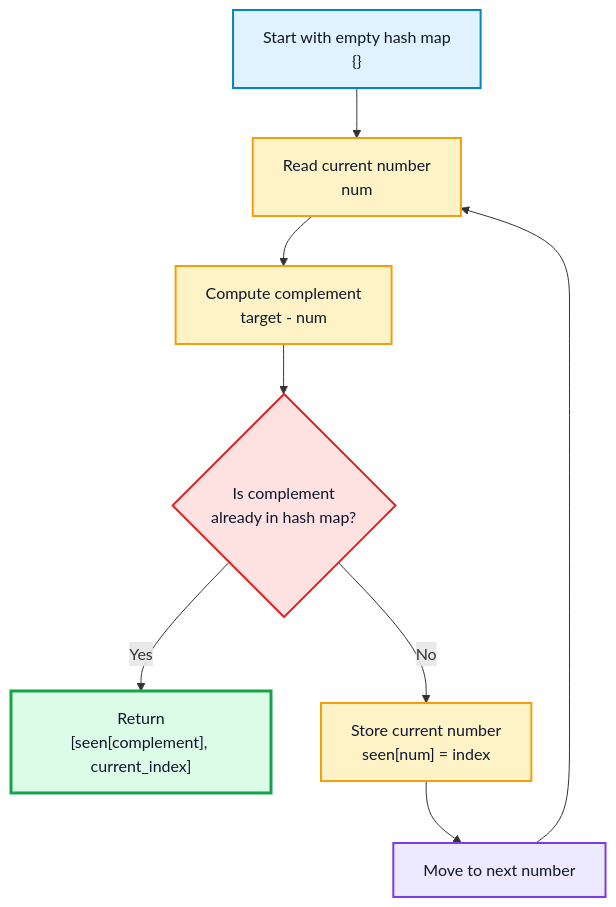
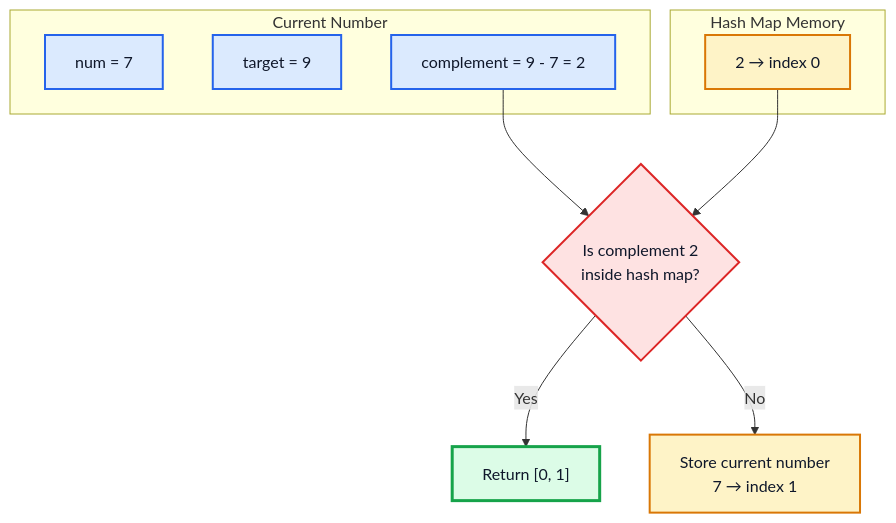
The sixth of 9 diagrams in 01 - Two Sum/README.md (M-F-Tushar/LeetCode-Problem-Solving), drawn with Mermaid before and after one commit. The commit also changed other lines of this file, not shown here.

````diff
--- a/01 - Two Sum/README.md
+++ b/01 - Two Sum/README.md
@@ -303,23 +325,29 @@
 ```mermaid
 flowchart TD
-    A["Start with empty hash map<br/>{}"] --> B["Read current number<br/>num"]
-    B --> C["Compute complement<br/>target - num"]
-    C --> D{"Is complement<br/>already in hash map?"}
+    subgraph CurrentStep["Current Number"]
+        A["num = 7"]
+        B["target = 9"]
+        C["complement = 9 - 7 = 2"]
+    end
 
-    D -->|Yes| E["Return<br/>[seen[complement], current_index]"]
-    D -->|No| F["Store current number<br/>seen[num] = index"]
-    F --> G["Move to next number"]
-    G --> B
+    subgraph Memory["Hash Map Memory"]
+        D["2 → index 0"]
+    end
 
-    classDef start fill:#e0f2fe,stroke:#0284c7,stroke-width:2px,color:#0f172a;
-    classDef process fill:#fef3c7,stroke:#f59e0b,stroke-width:2px,color:#0f172a;
+    C --> E{"Is complement 2<br/>inside hash map?"}
+    D --> E
+
+    E -->|Yes| F["Return [0, 1]"]
+    E -->|No| G["Store current number<br/>7 → index 1"]
+
+    classDef current fill:#dbeafe,stroke:#2563eb,stroke-width:2px,color:#0f172a;
+    classDef memory fill:#fef3c7,stroke:#d97706,stroke-width:2px,color:#0f172a;
     classDef decision fill:#fee2e2,stroke:#dc2626,stroke-width:2px,color:#0f172a;
     classDef success fill:#dcfce7,stroke:#16a34a,stroke-width:3px,color:#0f172a;
-    classDef loop fill:#ede9fe,stroke:#7c3aed,stroke-width:2px,color:#0f172a;
 
-    class A start;
-    class B,C,F process;
-    class D decision;
-    class E success;
-    class G loop;
+    class A,B,C current;
+    class D memory;
+    class E decision;
+    class F success;
+    class G memory;
 ```
````
